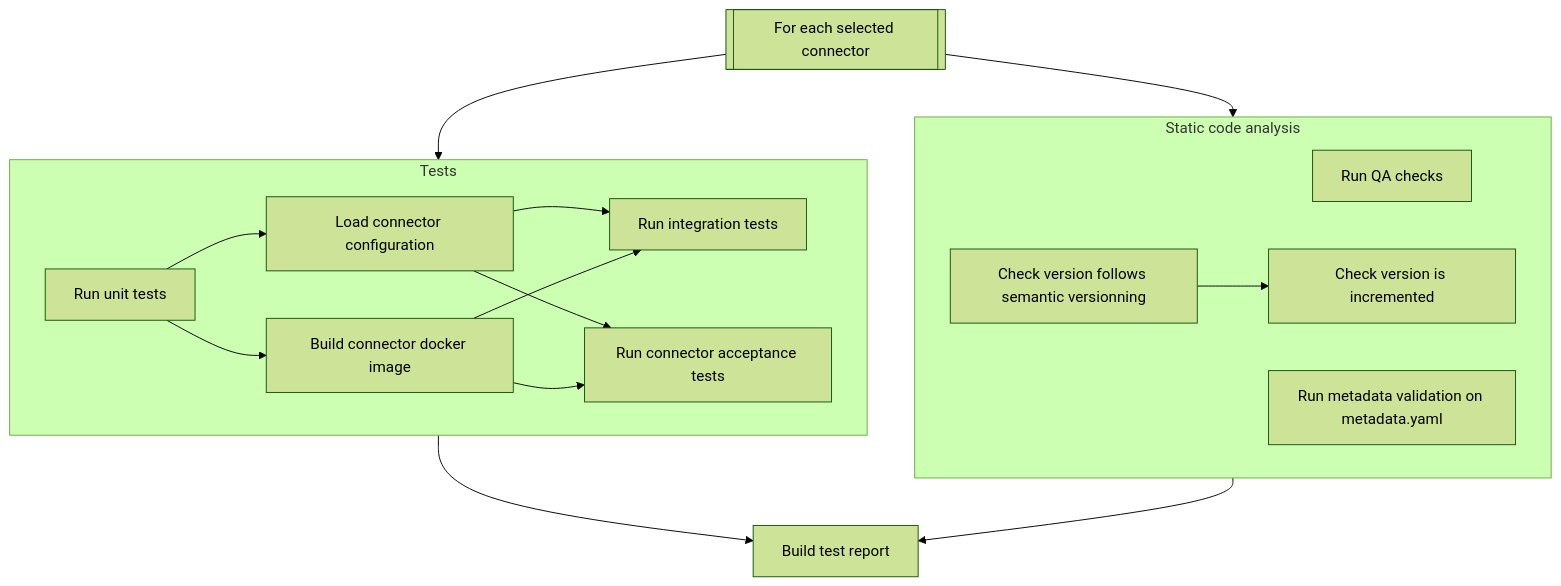
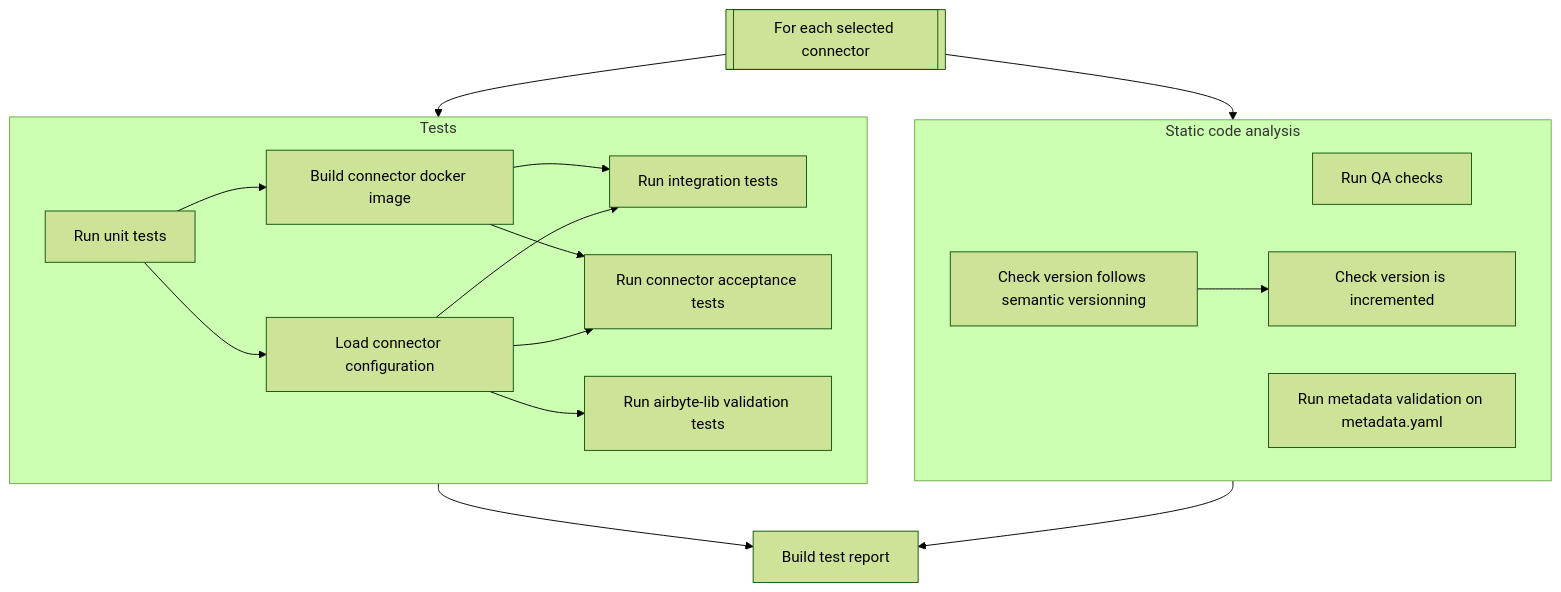
The first of 5 diagrams in airbyte-ci/connectors/pipelines/README.md (airbytehq/airbyte), drawn with Mermaid (forest theme) before and after one commit. The commit also changed other lines of this file and 5 other files, not shown here.

````diff
--- a/airbyte-ci/connectors/pipelines/README.md
+++ b/airbyte-ci/connectors/pipelines/README.md
@@ -250,30 +250,32 @@
 ```mermaid
 flowchart TD
     entrypoint[[For each selected connector]]
     subgraph static ["Static code analysis"]
       qa[Run QA checks]
       sem["Check version follows semantic versionning"]
       incr["Check version is incremented"]
       metadata_validation["Run metadata validation on metadata.yaml"]
       sem --> incr
     end
     subgraph tests ["Tests"]
         build[Build connector docker image]
         unit[Run unit tests]
         integration[Run integration tests]
+        airbyte_lib_validation[Run airbyte-lib validation tests]
         cat[Run connector acceptance tests]
         secret[Load connector configuration]
 
         unit-->secret
         unit-->build
         secret-->integration
         secret-->cat
+        secret-->airbyte_lib_validation
         build-->integration
         build-->cat
     end
     entrypoint-->static
     entrypoint-->tests
     report["Build test report"]
     tests-->report
     static-->report
 ```
````
